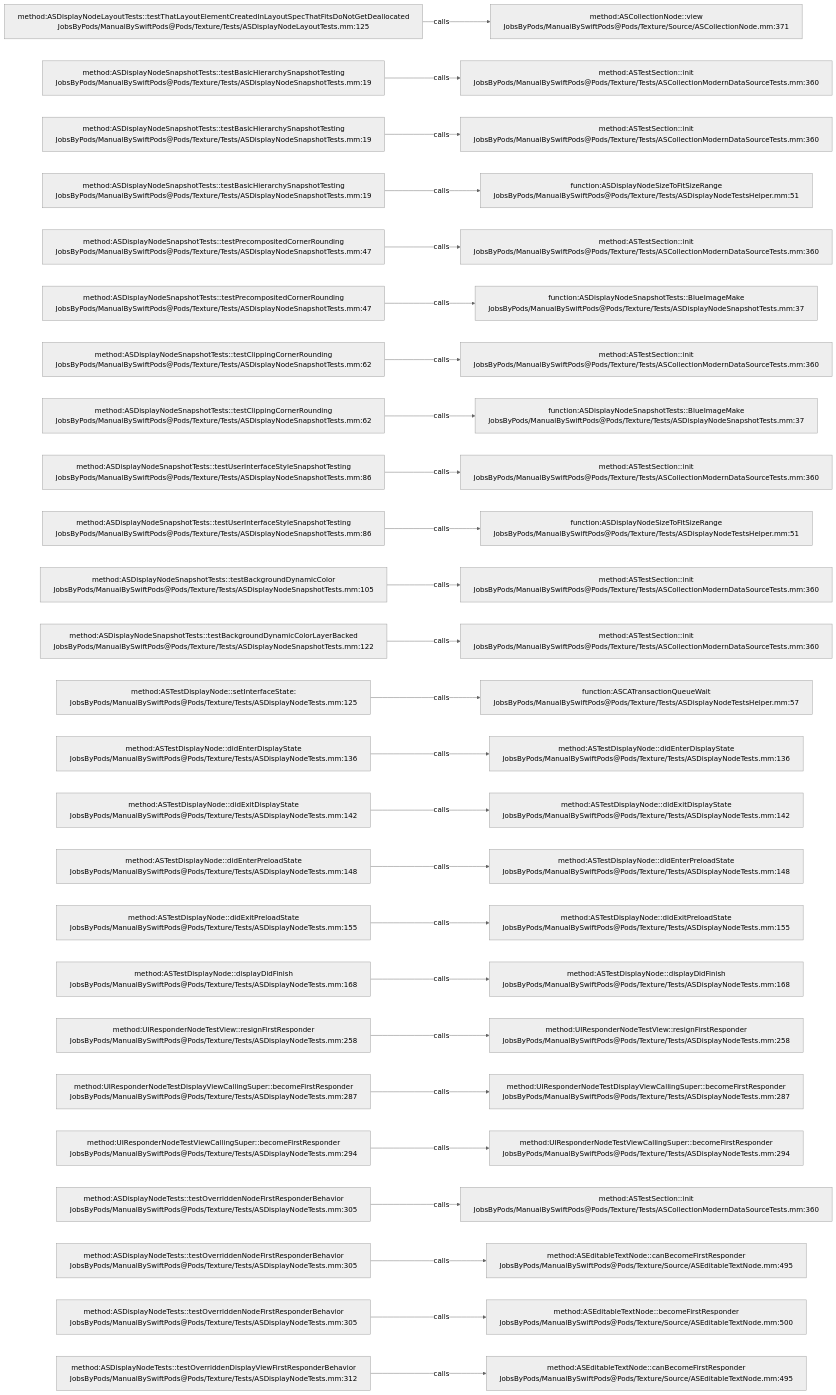
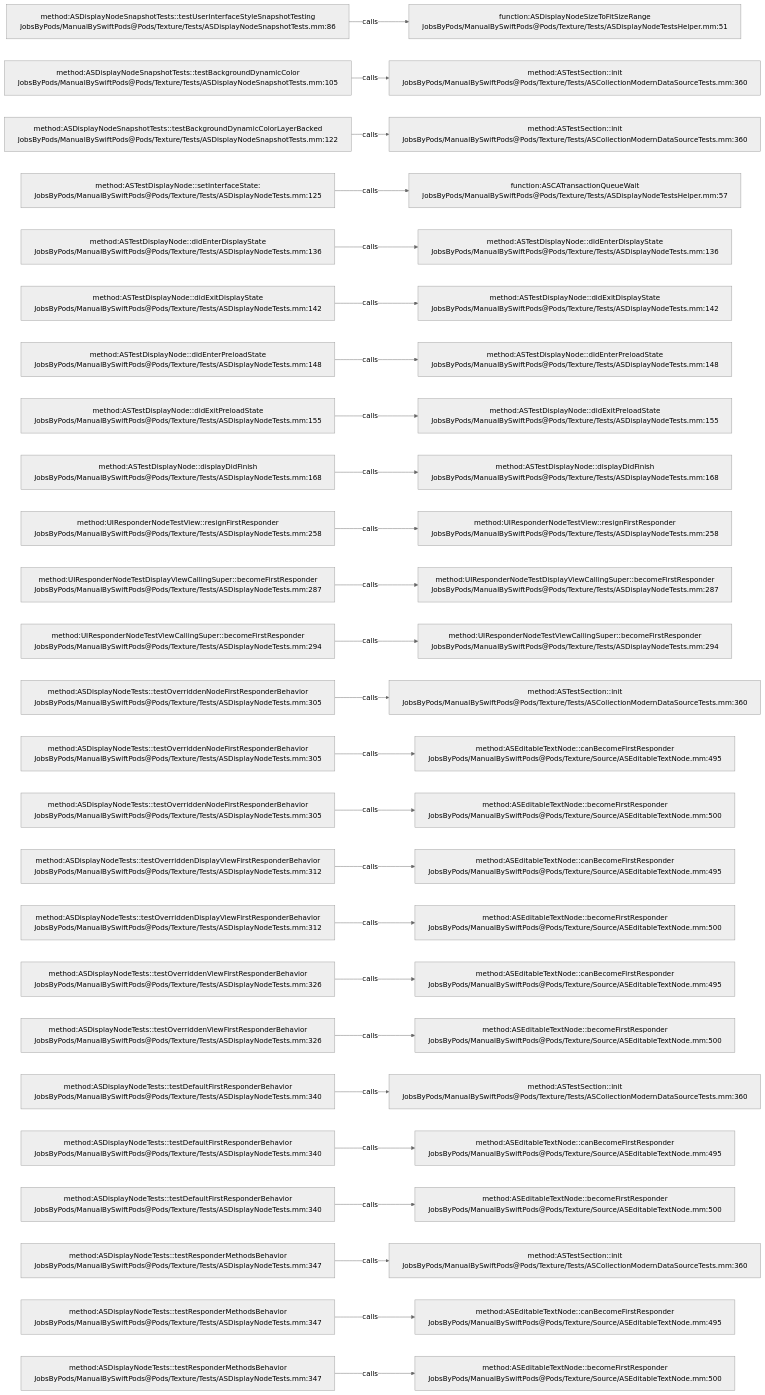
The diagram in .codegraph/codegraph.md/graphs/calls-186.md (JobsKits/JobsSwiftBaseConfigDemo), drawn with Mermaid (neutral theme) before and after one commit. The commit also changed 707 other files, not shown here.

````diff
--- a/.codegraph/codegraph.md/graphs/calls-186.md
+++ b/.codegraph/codegraph.md/graphs/calls-186.md
@@ -13,78 +13,78 @@
 ```mermaid
 flowchart LR
-  S1["method:ASDisplayNodeLayoutTests::testThatLayoutElementCreatedInLayoutSpecThatFitsDoNotGetDeallocated<br/>JobsByPods/ManualBySwiftPods@Pods/Texture/Tests/ASDisplayNodeLayoutTests.mm:125"]
-  T1["method:ASCollectionNode::view<br/>JobsByPods/ManualBySwiftPods@Pods/Texture/Source/ASCollectionNode.mm:371"]
+  S1["method:ASDisplayNodeSnapshotTests::testUserInterfaceStyleSnapshotTesting<br/>JobsByPods/ManualBySwiftPods@Pods/Texture/Tests/ASDisplayNodeSnapshotTests.mm:86"]
+  T1["function:ASDisplayNodeSizeToFitSizeRange<br/>JobsByPods/ManualBySwiftPods@Pods/Texture/Tests/ASDisplayNodeTestsHelper.mm:51"]
   S1 -->|calls| T1
-  S2["method:ASDisplayNodeSnapshotTests::testBasicHierarchySnapshotTesting<br/>JobsByPods/ManualBySwiftPods@Pods/Texture/Tests/ASDisplayNodeSnapshotTests.mm:19"]
+  S2["method:ASDisplayNodeSnapshotTests::testBackgroundDynamicColor<br/>JobsByPods/ManualBySwiftPods@Pods/Texture/Tests/ASDisplayNodeSnapshotTests.mm:105"]
   T2["method:ASTestSection::init<br/>JobsByPods/ManualBySwiftPods@Pods/Texture/Tests/ASCollectionModernDataSourceTests.mm:360"]
   S2 -->|calls| T2
-  S3["method:ASDisplayNodeSnapshotTests::testBasicHierarchySnapshotTesting<br/>JobsByPods/ManualBySwiftPods@Pods/Texture/Tests/ASDisplayNodeSnapshotTests.mm:19"]
+  S3["method:ASDisplayNodeSnapshotTests::testBackgroundDynamicColorLayerBacked<br/>JobsByPods/ManualBySwiftPods@Pods/Texture/Tests/ASDisplayNodeSnapshotTests.mm:122"]
   T3["method:ASTestSection::init<br/>JobsByPods/ManualBySwiftPods@Pods/Texture/Tests/ASCollectionModernDataSourceTests.mm:360"]
   S3 -->|calls| T3
-  S4["method:ASDisplayNodeSnapshotTests::testBasicHierarchySnapshotTesting<br/>JobsByPods/ManualBySwiftPods@Pods/Texture/Tests/ASDisplayNodeSnapshotTests.mm:19"]
-  T4["function:ASDisplayNodeSizeToFitSizeRange<br/>JobsByPods/ManualBySwiftPods@Pods/Texture/Tests/ASDisplayNodeTestsHelper.mm:51"]
+  S4["method:ASTestDisplayNode::setInterfaceState:<br/>JobsByPods/ManualBySwiftPods@Pods/Texture/Tests/ASDisplayNodeTests.mm:125"]
+  T4["function:ASCATransactionQueueWait<br/>JobsByPods/ManualBySwiftPods@Pods/Texture/Tests/ASDisplayNodeTestsHelper.mm:57"]
   S4 -->|calls| T4
-  S5["method:ASDisplayNodeSnapshotTests::testPrecompositedCornerRounding<br/>JobsByPods/ManualBySwiftPods@Pods/Texture/Tests/ASDisplayNodeSnapshotTests.mm:47"]
-  T5["method:ASTestSection::init<br/>JobsByPods/ManualBySwiftPods@Pods/Texture/Tests/ASCollectionModernDataSourceTests.mm:360"]
+  S5["method:ASTestDisplayNode::didEnterDisplayState<br/>JobsByPods/ManualBySwiftPods@Pods/Texture/Tests/ASDisplayNodeTests.mm:136"]
+  T5["method:ASTestDisplayNode::didEnterDisplayState<br/>JobsByPods/ManualBySwiftPods@Pods/Texture/Tests/ASDisplayNodeTests.mm:136"]
   S5 -->|calls| T5
-  S6["method:ASDisplayNodeSnapshotTests::testPrecompositedCornerRounding<br/>JobsByPods/ManualBySwiftPods@Pods/Texture/Tests/ASDisplayNodeSnapshotTests.mm:47"]
-  T6["function:ASDisplayNodeSnapshotTests::BlueImageMake<br/>JobsByPods/ManualBySwiftPods@Pods/Texture/Tests/ASDisplayNodeSnapshotTests.mm:37"]
+  S6["method:ASTestDisplayNode::didExitDisplayState<br/>JobsByPods/ManualBySwiftPods@Pods/Texture/Tests/ASDisplayNodeTests.mm:142"]
+  T6["method:ASTestDisplayNode::didExitDisplayState<br/>JobsByPods/ManualBySwiftPods@Pods/Texture/Tests/ASDisplayNodeTests.mm:142"]
   S6 -->|calls| T6
-  S7["method:ASDisplayNodeSnapshotTests::testClippingCornerRounding<br/>JobsByPods/ManualBySwiftPods@Pods/Texture/Tests/ASDisplayNodeSnapshotTests.mm:62"]
-  T7["method:ASTestSection::init<br/>JobsByPods/ManualBySwiftPods@Pods/Texture/Tests/ASCollectionModernDataSourceTests.mm:360"]
+  S7["method:ASTestDisplayNode::didEnterPreloadState<br/>JobsByPods/ManualBySwiftPods@Pods/Texture/Tests/ASDisplayNodeTests.mm:148"]
+  T7["method:ASTestDisplayNode::didEnterPreloadState<br/>JobsByPods/ManualBySwiftPods@Pods/Texture/Tests/ASDisplayNodeTests.mm:148"]
   S7 -->|calls| T7
-  S8["method:ASDisplayNodeSnapshotTests::testClippingCornerRounding<br/>JobsByPods/ManualBySwiftPods@Pods/Texture/Tests/ASDisplayNodeSnapshotTests.mm:62"]
-  T8["function:ASDisplayNodeSnapshotTests::BlueImageMake<br/>JobsByPods/ManualBySwiftPods@Pods/Texture/Tests/ASDisplayNodeSnapshotTests.mm:37"]
+  S8["method:ASTestDisplayNode::didExitPreloadState<br/>JobsByPods/ManualBySwiftPods@Pods/Texture/Tests/ASDisplayNodeTests.mm:155"]
+  T8["method:ASTestDisplayNode::didExitPreloadState<br/>JobsByPods/ManualBySwiftPods@Pods/Texture/Tests/ASDisplayNodeTests.mm:155"]
   S8 -->|calls| T8
-  S9["method:ASDisplayNodeSnapshotTests::testUserInterfaceStyleSnapshotTesting<br/>JobsByPods/ManualBySwiftPods@Pods/Texture/Tests/ASDisplayNodeSnapshotTests.mm:86"]
-  T9["method:ASTestSection::init<br/>JobsByPods/ManualBySwiftPods@Pods/Texture/Tests/ASCollectionModernDataSourceTests.mm:360"]
+  S9["method:ASTestDisplayNode::displayDidFinish<br/>JobsByPods/ManualBySwiftPods@Pods/Texture/Tests/ASDisplayNodeTests.mm:168"]
+  T9["method:ASTestDisplayNode::displayDidFinish<br/>JobsByPods/ManualBySwiftPods@Pods/Texture/Tests/ASDisplayNodeTests.mm:168"]
   S9 -->|calls| T9
-  S10["method:ASDisplayNodeSnapshotTests::testUserInterfaceStyleSnapshotTesting<br/>JobsByPods/ManualBySwiftPods@Pods/Texture/Tests/ASDisplayNodeSnapshotTests.mm:86"]
-  T10["function:ASDisplayNodeSizeToFitSizeRange<br/>JobsByPods/ManualBySwiftPods@Pods/Texture/Tests/ASDisplayNodeTestsHelper.mm:51"]
+  S10["method:UIResponderNodeTestView::resignFirstResponder<br/>JobsByPods/ManualBySwiftPods@Pods/Texture/Tests/ASDisplayNodeTests.mm:258"]
+  T10["method:UIResponderNodeTestView::resignFirstResponder<br/>JobsByPods/ManualBySwiftPods@Pods/Texture/Tests/ASDisplayNodeTests.mm:258"]
   S10 -->|calls| T10
-  S11["method:ASDisplayNodeSnapshotTests::testBackgroundDynamicColor<br/>JobsByPods/ManualBySwiftPods@Pods/Texture/Tests/ASDisplayNodeSnapshotTests.mm:105"]
-  T11["method:ASTestSection::init<br/>JobsByPods/ManualBySwiftPods@Pods/Texture/Tests/ASCollectionModernDataSourceTests.mm:360"]
+  S11["method:UIResponderNodeTestDisplayViewCallingSuper::becomeFirstResponder<br/>JobsByPods/ManualBySwiftPods@Pods/Texture/Tests/ASDisplayNodeTests.mm:287"]
+  T11["method:UIResponderNodeTestDisplayViewCallingSuper::becomeFirstResponder<br/>JobsByPods/ManualBySwiftPods@Pods/Texture/Tests/ASDisplayNodeTests.mm:287"]
   S11 -->|calls| T11
-  S12["method:ASDisplayNodeSnapshotTests::testBackgroundDynamicColorLayerBacked<br/>JobsByPods/ManualBySwiftPods@Pods/Texture/Tests/ASDisplayNodeSnapshotTests.mm:122"]
-  T12["method:ASTestSection::init<br/>JobsByPods/ManualBySwiftPods@Pods/Texture/Tests/ASCollectionModernDataSourceTests.mm:360"]
+  S12["method:UIResponderNodeTestViewCallingSuper::becomeFirstResponder<br/>JobsByPods/ManualBySwiftPods@Pods/Texture/Tests/ASDisplayNodeTests.mm:294"]
+  T12["method:UIResponderNodeTestViewCallingSuper::becomeFirstResponder<br/>JobsByPods/ManualBySwiftPods@Pods/Texture/Tests/ASDisplayNodeTests.mm:294"]
   S12 -->|calls| T12
-  S13["method:ASTestDisplayNode::setInterfaceState:<br/>JobsByPods/ManualBySwiftPods@Pods/Texture/Tests/ASDisplayNodeTests.mm:125"]
-  T13["function:ASCATransactionQueueWait<br/>JobsByPods/ManualBySwiftPods@Pods/Texture/Tests/ASDisplayNodeTestsHelper.mm:57"]
+  S13["method:ASDisplayNodeTests::testOverriddenNodeFirstResponderBehavior<br/>JobsByPods/ManualBySwiftPods@Pods/Texture/Tests/ASDisplayNodeTests.mm:305"]
+  T13["method:ASTestSection::init<br/>JobsByPods/ManualBySwiftPods@Pods/Texture/Tests/ASCollectionModernDataSourceTests.mm:360"]
   S13 -->|calls| T13
-  S14["method:ASTestDisplayNode::didEnterDisplayState<br/>JobsByPods/ManualBySwiftPods@Pods/Texture/Tests/ASDisplayNodeTests.mm:136"]
-  T14["method:ASTestDisplayNode::didEnterDisplayState<br/>JobsByPods/ManualBySwiftPods@Pods/Texture/Tests/ASDisplayNodeTests.mm:136"]
+  S14["method:ASDisplayNodeTests::testOverriddenNodeFirstResponderBehavior<br/>JobsByPods/ManualBySwiftPods@Pods/Texture/Tests/ASDisplayNodeTests.mm:305"]
+  T14["method:ASEditableTextNode::canBecomeFirstResponder<br/>JobsByPods/ManualBySwiftPods@Pods/Texture/Source/ASEditableTextNode.mm:495"]
   S14 -->|calls| T14
-  S15["method:ASTestDisplayNode::didExitDisplayState<br/>JobsByPods/ManualBySwiftPods@Pods/Texture/Tests/ASDisplayNodeTests.mm:142"]
-  T15["method:ASTestDisplayNode::didExitDisplayState<br/>JobsByPods/ManualBySwiftPods@Pods/Texture/Tests/ASDisplayNodeTests.mm:142"]
+  S15["method:ASDisplayNodeTests::testOverriddenNodeFirstResponderBehavior<br/>JobsByPods/ManualBySwiftPods@Pods/Texture/Tests/ASDisplayNodeTests.mm:305"]
+  T15["method:ASEditableTextNode::becomeFirstResponder<br/>JobsByPods/ManualBySwiftPods@Pods/Texture/Source/ASEditableTextNode.mm:500"]
   S15 -->|calls| T15
-  S16["method:ASTestDisplayNode::didEnterPreloadState<br/>JobsByPods/ManualBySwiftPods@Pods/Texture/Tests/ASDisplayNodeTests.mm:148"]
-  T16["method:ASTestDisplayNode::didEnterPreloadState<br/>JobsByPods/ManualBySwiftPods@Pods/Texture/Tests/ASDisplayNodeTests.mm:148"]
+  S16["method:ASDisplayNodeTests::testOverriddenDisplayViewFirstResponderBehavior<br/>JobsByPods/ManualBySwiftPods@Pods/Texture/Tests/ASDisplayNodeTests.mm:312"]
+  T16["method:ASEditableTextNode::canBecomeFirstResponder<br/>JobsByPods/ManualBySwiftPods@Pods/Texture/Source/ASEditableTextNode.mm:495"]
   S16 -->|calls| T16
-  S17["method:ASTestDisplayNode::didExitPreloadState<br/>JobsByPods/ManualBySwiftPods@Pods/Texture/Tests/ASDisplayNodeTests.mm:155"]
-  T17["method:ASTestDisplayNode::didExitPreloadState<br/>JobsByPods/ManualBySwiftPods@Pods/Texture/Tests/ASDisplayNodeTests.mm:155"]
+  S17["method:ASDisplayNodeTests::testOverriddenDisplayViewFirstResponderBehavior<br/>JobsByPods/ManualBySwiftPods@Pods/Texture/Tests/ASDisplayNodeTests.mm:312"]
+  T17["method:ASEditableTextNode::becomeFirstResponder<br/>JobsByPods/ManualBySwiftPods@Pods/Texture/Source/ASEditableTextNode.mm:500"]
   S17 -->|calls| T17
-  S18["method:ASTestDisplayNode::displayDidFinish<br/>JobsByPods/ManualBySwiftPods@Pods/Texture/Tests/ASDisplayNodeTests.mm:168"]
-  T18["method:ASTestDisplayNode::displayDidFinish<br/>JobsByPods/ManualBySwiftPods@Pods/Texture/Tests/ASDisplayNodeTests.mm:168"]
+  S18["method:ASDisplayNodeTests::testOverriddenViewFirstResponderBehavior<br/>JobsByPods/ManualBySwiftPods@Pods/Texture/Tests/ASDisplayNodeTests.mm:326"]
+  T18["method:ASEditableTextNode::canBecomeFirstResponder<br/>JobsByPods/ManualBySwiftPods@Pods/Texture/Source/ASEditableTextNode.mm:495"]
   S18 -->|calls| T18
-  S19["method:UIResponderNodeTestView::resignFirstResponder<br/>JobsByPods/ManualBySwiftPods@Pods/Texture/Tests/ASDisplayNodeTests.mm:258"]
-  T19["method:UIResponderNodeTestView::resignFirstResponder<br/>JobsByPods/ManualBySwiftPods@Pods/Texture/Tests/ASDisplayNodeTests.mm:258"]
+  S19["method:ASDisplayNodeTests::testOverriddenViewFirstResponderBehavior<br/>JobsByPods/ManualBySwiftPods@Pods/Texture/Tests/ASDisplayNodeTests.mm:326"]
+  T19["method:ASEditableTextNode::becomeFirstResponder<br/>JobsByPods/ManualBySwiftPods@Pods/Texture/Source/ASEditableTextNode.mm:500"]
   S19 -->|calls| T19
-  S20["method:UIResponderNodeTestDisplayViewCallingSuper::becomeFirstResponder<br/>JobsByPods/ManualBySwiftPods@Pods/Texture/Tests/ASDisplayNodeTests.mm:287"]
-  T20["method:UIResponderNodeTestDisplayViewCallingSuper::becomeFirstResponder<br/>JobsByPods/ManualBySwiftPods@Pods/Texture/Tests/ASDisplayNodeTests.mm:287"]
+  S20["method:ASDisplayNodeTests::testDefaultFirstResponderBehavior<br/>JobsByPods/ManualBySwiftPods@Pods/Texture/Tests/ASDisplayNodeTests.mm:340"]
+  T20["method:ASTestSection::init<br/>JobsByPods/ManualBySwiftPods@Pods/Texture/Tests/ASCollectionModernDataSourceTests.mm:360"]
   S20 -->|calls| T20
-  S21["method:UIResponderNodeTestViewCallingSuper::becomeFirstResponder<br/>JobsByPods/ManualBySwiftPods@Pods/Texture/Tests/ASDisplayNodeTests.mm:294"]
-  T21["method:UIResponderNodeTestViewCallingSuper::becomeFirstResponder<br/>JobsByPods/ManualBySwiftPods@Pods/Texture/Tests/ASDisplayNodeTests.mm:294"]
+  S21["method:ASDisplayNodeTests::testDefaultFirstResponderBehavior<br/>JobsByPods/ManualBySwiftPods@Pods/Texture/Tests/ASDisplayNodeTests.mm:340"]
+  T21["method:ASEditableTextNode::canBecomeFirstResponder<br/>JobsByPods/ManualBySwiftPods@Pods/Texture/Source/ASEditableTextNode.mm:495"]
   S21 -->|calls| T21
-  S22["method:ASDisplayNodeTests::testOverriddenNodeFirstResponderBehavior<br/>JobsByPods/ManualBySwiftPods@Pods/Texture/Tests/ASDisplayNodeTests.mm:305"]
-  T22["method:ASTestSection::init<br/>JobsByPods/ManualBySwiftPods@Pods/Texture/Tests/ASCollectionModernDataSourceTests.mm:360"]
+  S22["method:ASDisplayNodeTests::testDefaultFirstResponderBehavior<br/>JobsByPods/ManualBySwiftPods@Pods/Texture/Tests/ASDisplayNodeTests.mm:340"]
+  T22["method:ASEditableTextNode::becomeFirstResponder<br/>JobsByPods/ManualBySwiftPods@Pods/Texture/Source/ASEditableTextNode.mm:500"]
   S22 -->|calls| T22
-  S23["method:ASDisplayNodeTests::testOverriddenNodeFirstResponderBehavior<br/>JobsByPods/ManualBySwiftPods@Pods/Texture/Tests/ASDisplayNodeTests.mm:305"]
-  T23["method:ASEditableTextNode::canBecomeFirstResponder<br/>JobsByPods/ManualBySwiftPods@Pods/Texture/Source/ASEditableTextNode.mm:495"]
+  S23["method:ASDisplayNodeTests::testResponderMethodsBehavior<br/>JobsByPods/ManualBySwiftPods@Pods/Texture/Tests/ASDisplayNodeTests.mm:347"]
+  T23["method:ASTestSection::init<br/>JobsByPods/ManualBySwiftPods@Pods/Texture/Tests/ASCollectionModernDataSourceTests.mm:360"]
   S23 -->|calls| T23
-  S24["method:ASDisplayNodeTests::testOverriddenNodeFirstResponderBehavior<br/>JobsByPods/ManualBySwiftPods@Pods/Texture/Tests/ASDisplayNodeTests.mm:305"]
-  T24["method:ASEditableTextNode::becomeFirstResponder<br/>JobsByPods/ManualBySwiftPods@Pods/Texture/Source/ASEditableTextNode.mm:500"]
+  S24["method:ASDisplayNodeTests::testResponderMethodsBehavior<br/>JobsByPods/ManualBySwiftPods@Pods/Texture/Tests/ASDisplayNodeTests.mm:347"]
+  T24["method:ASEditableTextNode::canBecomeFirstResponder<br/>JobsByPods/ManualBySwiftPods@Pods/Texture/Source/ASEditableTextNode.mm:495"]
   S24 -->|calls| T24
-  S25["method:ASDisplayNodeTests::testOverriddenDisplayViewFirstResponderBehavior<br/>JobsByPods/ManualBySwiftPods@Pods/Texture/Tests/ASDisplayNodeTests.mm:312"]
-  T25["method:ASEditableTextNode::canBecomeFirstResponder<br/>JobsByPods/ManualBySwiftPods@Pods/Texture/Source/ASEditableTextNode.mm:495"]
+  S25["method:ASDisplayNodeTests::testResponderMethodsBehavior<br/>JobsByPods/ManualBySwiftPods@Pods/Texture/Tests/ASDisplayNodeTests.mm:347"]
+  T25["method:ASEditableTextNode::becomeFirstResponder<br/>JobsByPods/ManualBySwiftPods@Pods/Texture/Source/ASEditableTextNode.mm:500"]
   S25 -->|calls| T25
 ```
````
